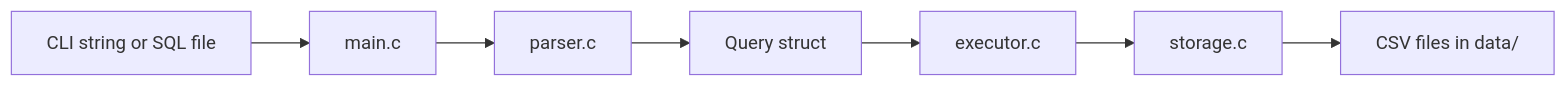
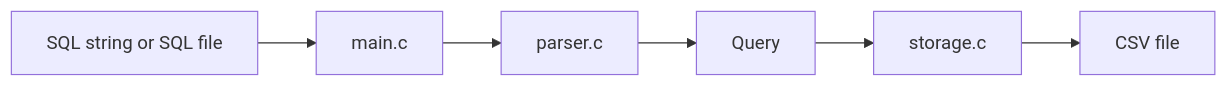
The first of 2 diagrams in docs/architecture.md (JEONWOOHYUN-hydromel/Krafton_Jungle_Wednesday_Codex_Week6), drawn with Mermaid before and after one commit. The commit also changed other lines of this file and 9 other files, not shown here.

````diff
--- a/docs/architecture.md
+++ b/docs/architecture.md
@@ -19,9 +20,8 @@
 ```mermaid
 flowchart LR
-    INPUT["CLI string or SQL file"] --> MAIN["main.c"]
-    MAIN --> PARSER["parser.c"]
-    PARSER --> QUERY["Query struct"]
-    QUERY --> EXEC["executor.c"]
-    EXEC --> STORAGE["storage.c"]
-    STORAGE --> FILES["CSV files in data/"]
+    A["SQL string or SQL file"] --> B["main.c"]
+    B --> C["parser.c"]
+    C --> D["Query"]
+    D --> E["storage.c"]
+    E --> F["CSV file"]
 ```
````
